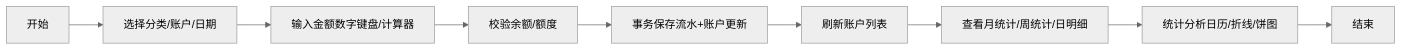
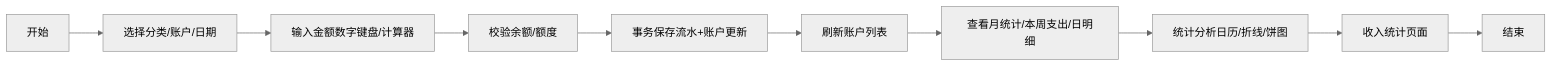
One commit to xiao-lin-unit/yuan changed the tenth of 10 diagrams in .qoder/repowiki/zh/content/支出管理/支出管理.md. Above: the diagram before and after it, drawn with Mermaid (neutral theme). The commit also changed other lines of this file and 62 other files, not shown here.

````diff
--- a/.qoder/repowiki/zh/content/支出管理/支出管理.md
+++ b/.qoder/repowiki/zh/content/支出管理/支出管理.md
@@ -396,11 +415,12 @@
 ```mermaid
 flowchart LR
 A["开始"] --> B["选择分类/账户/日期"]
 B --> C["输入金额数字键盘/计算器"]
 C --> D["校验余额/额度"]
 D --> E["事务保存流水+账户更新"]
 E --> F["刷新账户列表"]
-F --> G["查看月统计/周统计/日明细"]
+F --> G["查看月统计/本周支出/日明细"]
 G --> H["统计分析日历/折线/饼图"]
-H --> I["结束"]
+H --> I["收入统计页面"]
+I --> J["结束"]
 ```
````
